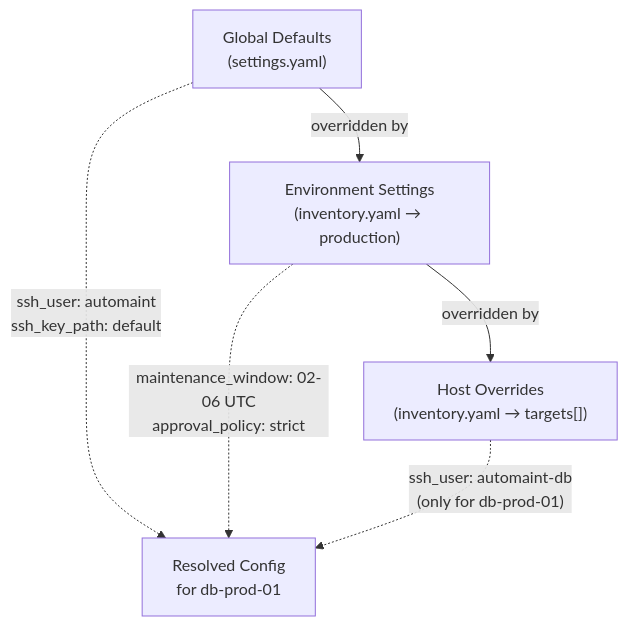
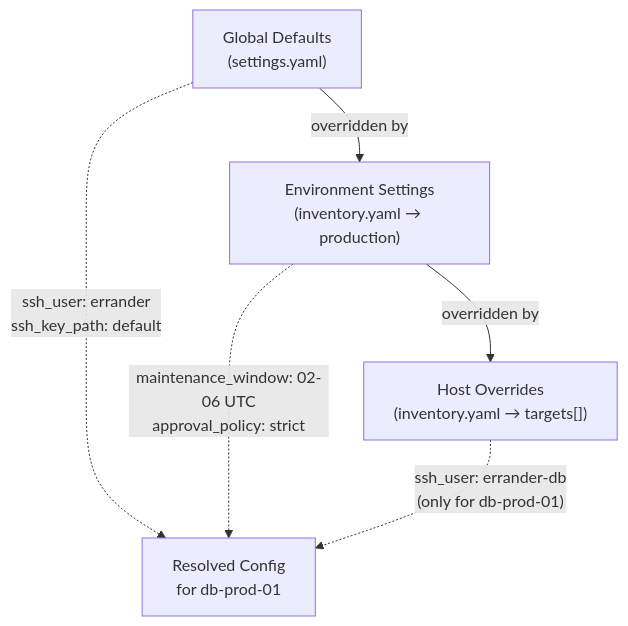
The ninth of 12 diagrams in docs/SPEC.md (psc0des/Errander-AI), drawn with Mermaid before and after one commit. The commit also changed other lines of this file and 184 other files, not shown here.

````diff
--- a/docs/SPEC.md
+++ b/docs/SPEC.md
@@ -1239,14 +1239,14 @@
 ```mermaid
 graph TD
     defaults["Global Defaults<br/>(settings.yaml)"]
     env["Environment Settings<br/>(inventory.yaml → production)"]
     host["Host Overrides<br/>(inventory.yaml → targets[])"]
 
     defaults -->|"overridden by"| env
     env -->|"overridden by"| host
 
-    defaults -.->|"ssh_user: automaint<br/>ssh_key_path: default"| merged
+    defaults -.->|"ssh_user: errander<br/>ssh_key_path: default"| merged
     env -.->|"maintenance_window: 02-06 UTC<br/>approval_policy: strict"| merged
-    host -.->|"ssh_user: automaint-db<br/>(only for db-prod-01)"| merged["Resolved Config<br/>for db-prod-01"]
+    host -.->|"ssh_user: errander-db<br/>(only for db-prod-01)"| merged["Resolved Config<br/>for db-prod-01"]
 
 ```
````
